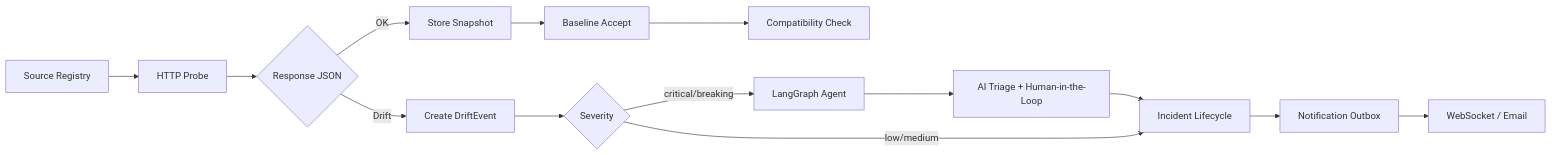
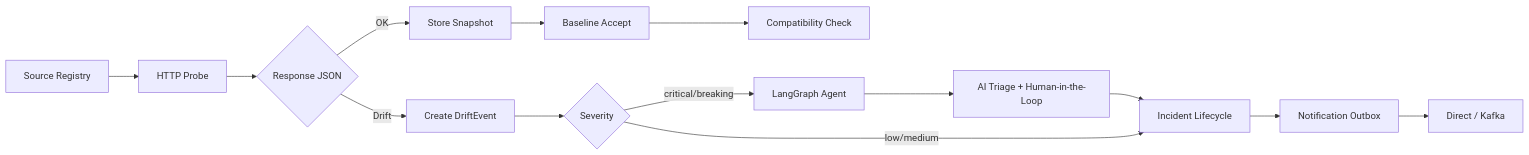
The fourth of 5 diagrams in docs/02-architecture/application-architecture.md (ivanprytula/api-observatory), drawn with Mermaid before and after one commit. The commit also changed other lines of this file and 10 other files, not shown here.

First line of the commit message:
Demote WebSocket pub/sub from Core to Lab

````diff
--- a/docs/02-architecture/application-architecture.md
+++ b/docs/02-architecture/application-architecture.md
@@ -172,16 +172,16 @@
 ```mermaid
 flowchart LR
     A[Source Registry] --> B[HTTP Probe]
     B --> C{Response JSON}
     C -->|OK| D[Store Snapshot]
     C -->|Drift| E[Create DriftEvent]
     E --> F{Severity}
     F -->|critical/breaking| G[LangGraph Agent]
     F -->|low/medium| H[Incident Lifecycle]
     G --> I[AI Triage + Human-in-the-Loop]
     I --> H
     H --> J[Notification Outbox]
-    J --> K[WebSocket / Email]
+    J --> K[Direct / Kafka]
     D --> L[Baseline Accept]
     L --> M[Compatibility Check]
 ```
````
